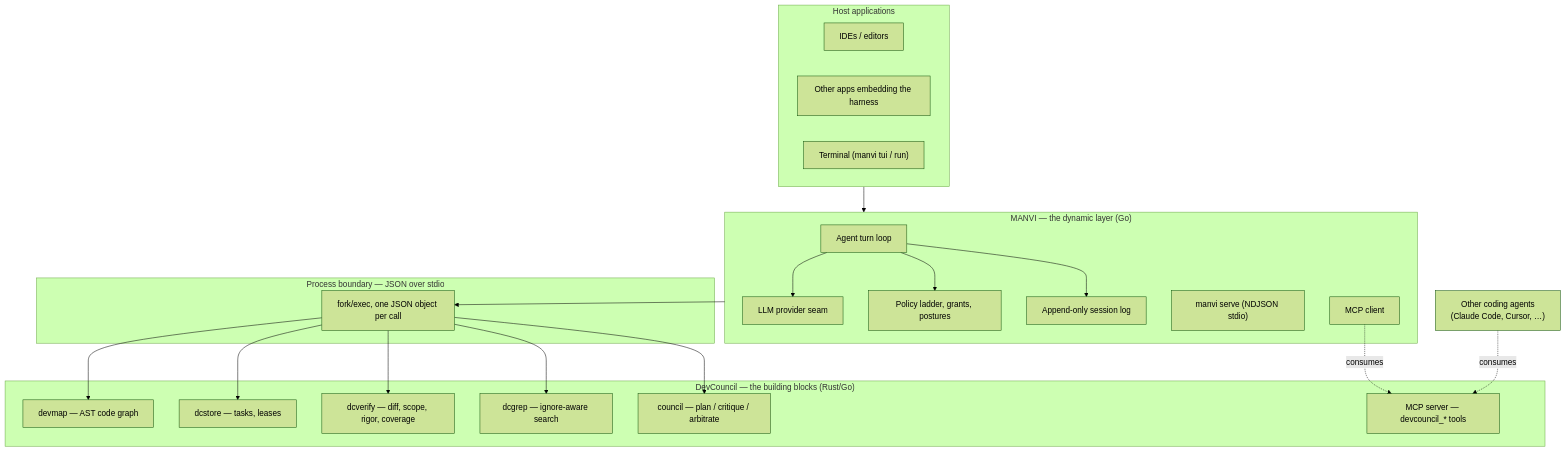
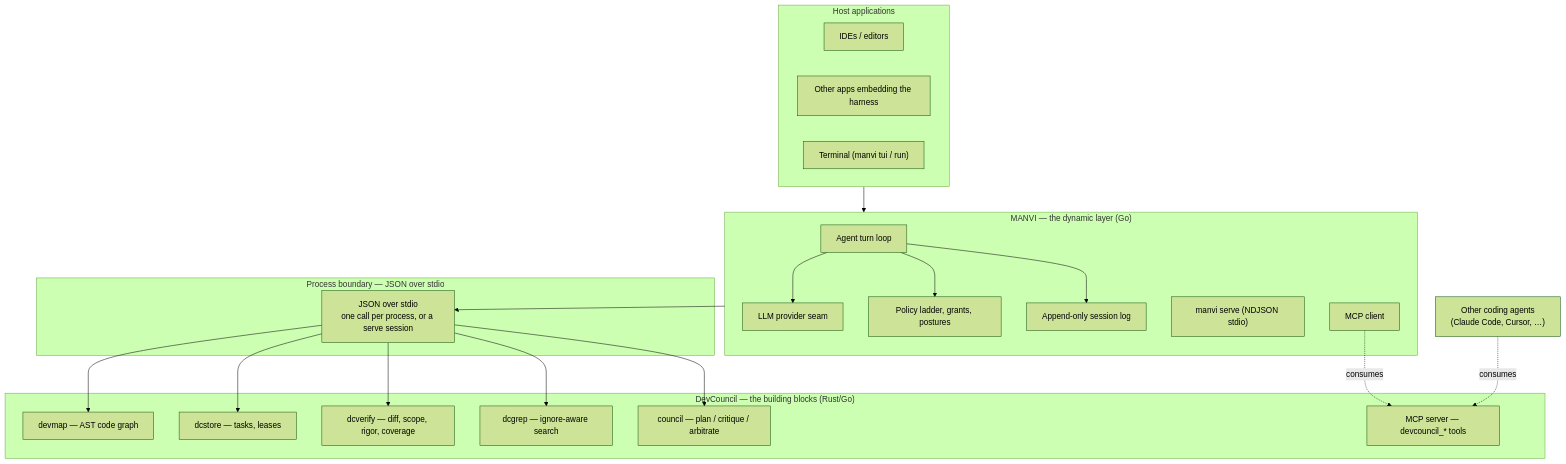
The diagram in docs/COMPONENTS_AND_HARNESS.md (bharathvbcr/Manvi), drawn with Mermaid (forest theme) before and after one commit. The commit also changed other lines of this file and 14 other files, not shown here.

````diff
--- a/docs/COMPONENTS_AND_HARNESS.md
+++ b/docs/COMPONENTS_AND_HARNESS.md
@@ -17,39 +17,39 @@
 ```mermaid
 flowchart TB
     subgraph Apps["Host applications"]
         IDE["IDEs / editors"]
         Other["Other apps embedding the harness"]
         Term["Terminal (manvi tui / run)"]
     end
 
     subgraph Harness["MANVI — the dynamic layer (Go)"]
         Loop["Agent turn loop"]
         LLM["LLM provider seam"]
         Gate["Policy ladder, grants, postures"]
         Session["Append-only session log"]
         Serve["manvi serve (NDJSON stdio)"]
         MCPClient["MCP client"]
     end
 
     subgraph Boundary["Process boundary — JSON over stdio"]
-        Exec["fork/exec, one JSON object per call"]
+        Exec["JSON over stdio<br/>one call per process, or a serve session"]
     end
 
     subgraph Components["DevCouncil — the building blocks (Rust/Go)"]
         DevMap["devmap — AST code graph"]
         Store["dcstore — tasks, leases"]
         Verify["dcverify — diff, scope, rigor, coverage"]
         Grep["dcgrep — ignore-aware search"]
         Council["council — plan / critique / arbitrate"]
         MCPServer["MCP server — devcouncil_* tools"]
     end
 
     Apps --> Harness
     Loop --> Gate
     Loop --> LLM
     Loop --> Session
     Harness --> Exec
     Exec --> DevMap & Store & Verify & Grep & Council
     MCPClient -.consumes.-> MCPServer
     OtherAgents["Other coding agents<br/>(Claude Code, Cursor, …)"] -.consumes.-> MCPServer
 ```
````
